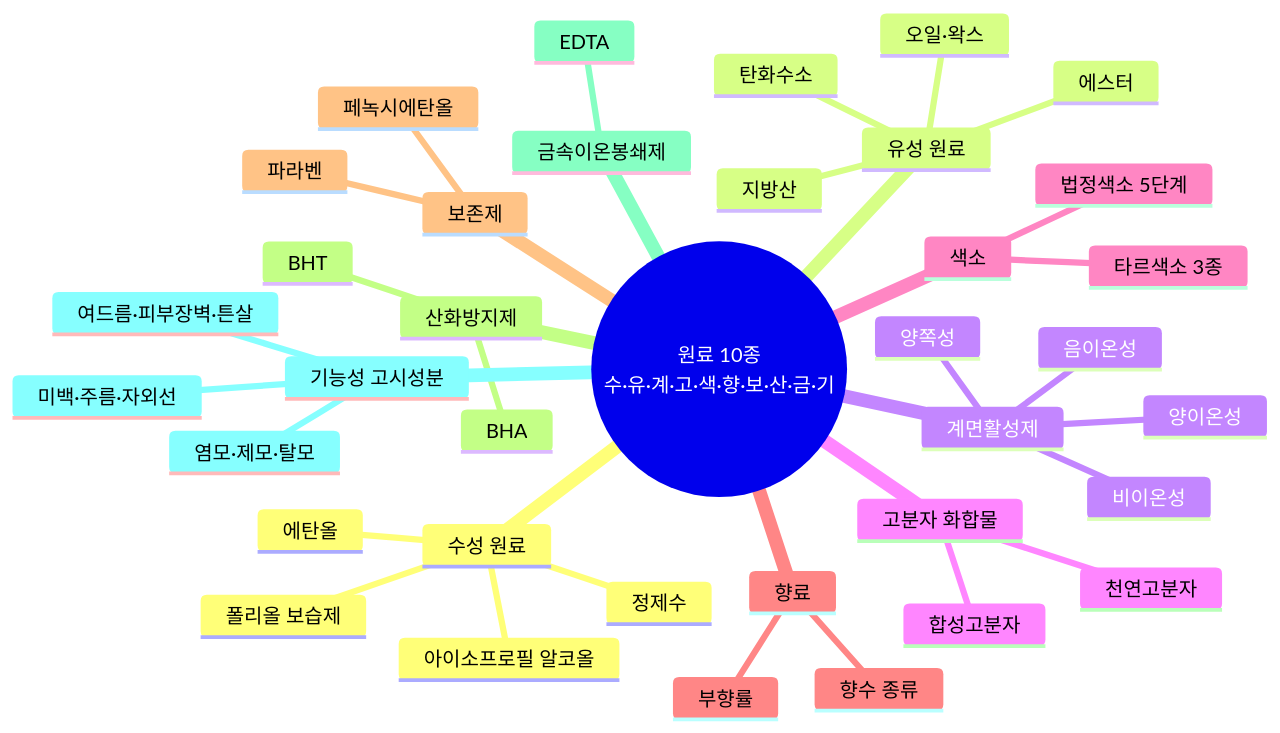
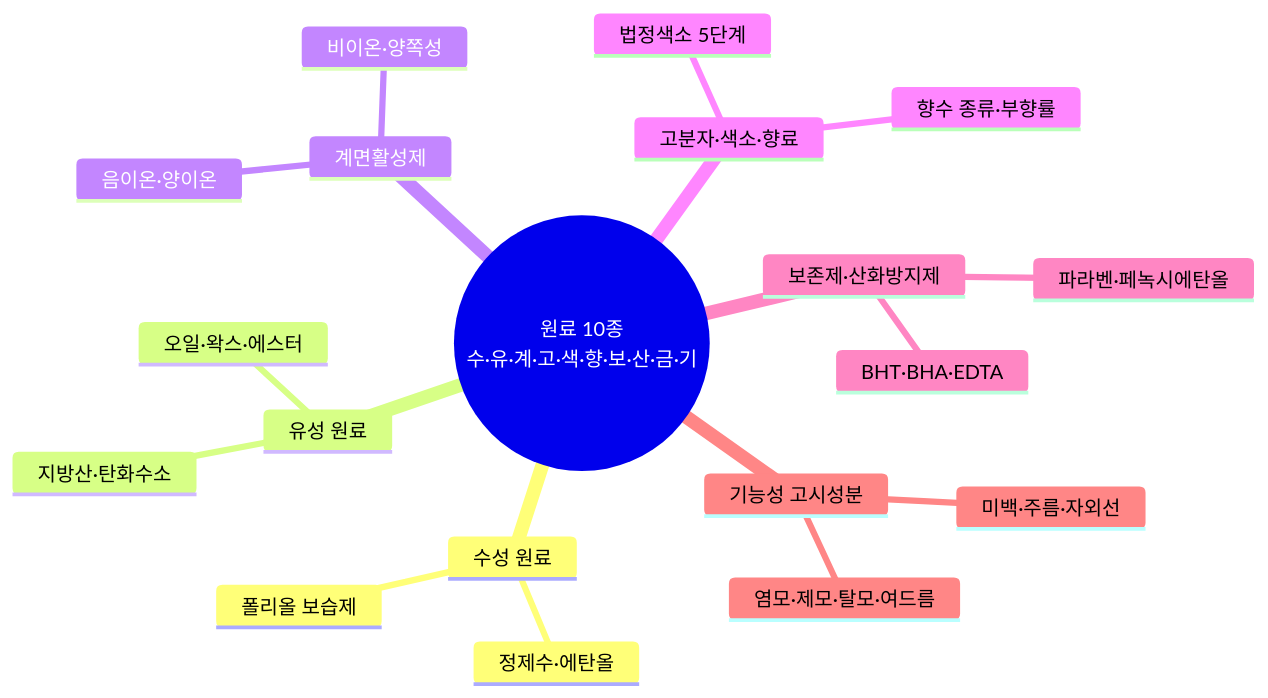
One commit to skygoldlee-cyber/Personalized_Skincare changed the first of 5 diagrams in content/참조자료/과목2/2과목_Ch01_원료_핵심암기.md. Above: the diagram before and after it, drawn with Mermaid. The commit also changed other lines of this file and 8 other files, not shown here.

````diff
--- a/content/참조자료/과목2/2과목_Ch01_원료_핵심암기.md
+++ b/content/참조자료/과목2/2과목_Ch01_원료_핵심암기.md
@@ -10,40 +27,22 @@
 ```mermaid
 mindmap
   root((원료 10종<br/>수·유·계·고·색·향·보·산·금·기))
     수성 원료
-      정제수
-      에탄올
-      아이소프로필 알코올
+      정제수·에탄올
       폴리올 보습제
     유성 원료
-      오일·왁스
-      에스터
-      지방산
-      탄화수소
+      오일·왁스·에스터
+      지방산·탄화수소
     계면활성제
-      음이온성
-      양이온성
-      비이온성
-      양쪽성
-    고분자 화합물
-      천연고분자
-      합성고분자
-    색소
+      음이온·양이온
+      비이온·양쪽성
+    고분자·색소·향료
       법정색소 5단계
-      타르색소 3종
-    향료
-      향수 종류
-      부향률
-    보존제
-      파라벤
-      페녹시에탄올
-    산화방지제
-      BHT
-      BHA
-    금속이온봉쇄제
-      EDTA
+      향수 종류·부향률
+    보존제·산화방지제
+      파라벤·페녹시에탄올
+      BHT·BHA·EDTA
     기능성 고시성분
       미백·주름·자외선
-      염모·제모·탈모
-      여드름·피부장벽·튼살
+      염모·제모·탈모·여드름
 ```
````
